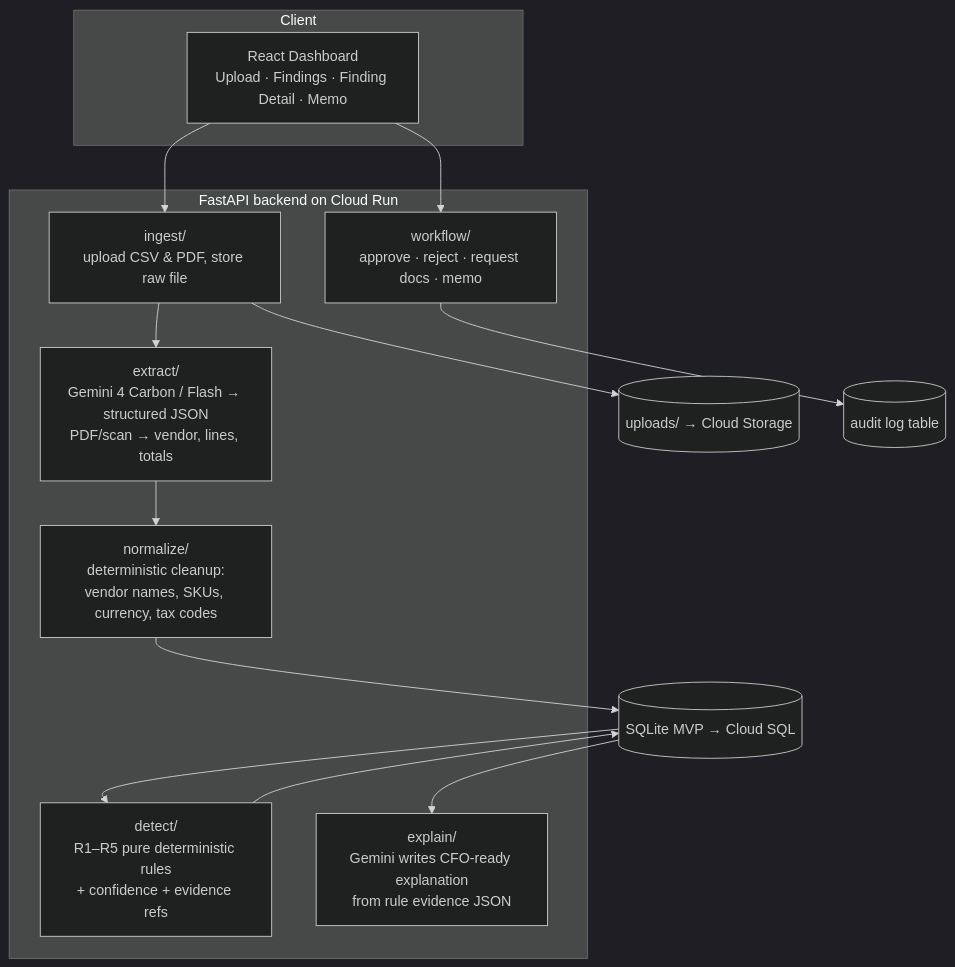
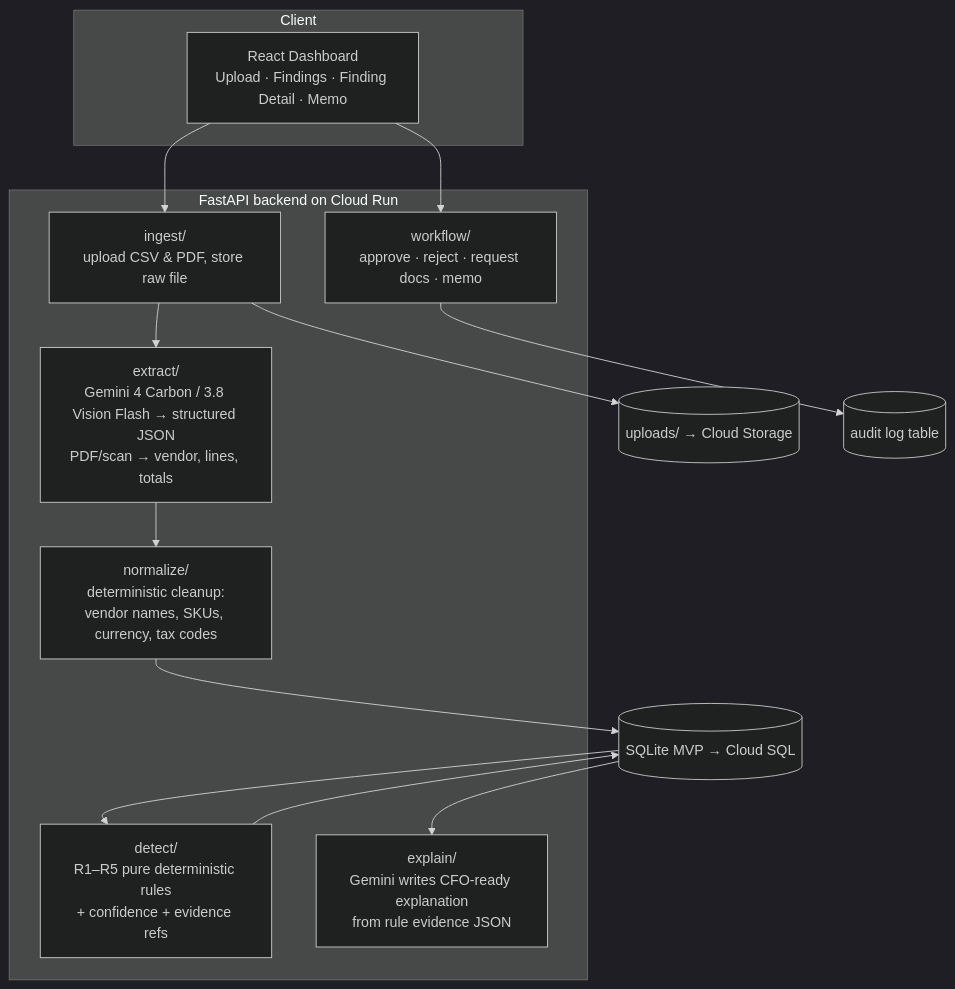
Before and after one commit to naughtynova69/LedgerLens-project: the diagram in docs/02_ARCHITECTURE.md, drawn with Mermaid (dark theme). The commit also changed other lines of this file and 12 other files, not shown here.

Commit message:
docs,config: refine ICP/business model, align gemini-3.8-vision-flash, add CONTEXT_LOG.md

````diff
--- a/docs/02_ARCHITECTURE.md
+++ b/docs/02_ARCHITECTURE.md
@@ -12,29 +12,29 @@
 ```mermaid
 flowchart TB
     subgraph Client
         UI["React Dashboard<br/>Upload · Findings · Finding Detail · Memo"]
     end
 
     subgraph Backend["FastAPI backend on Cloud Run"]
         ING["ingest/<br/>upload CSV & PDF, store raw file"]
-        EXT["extract/<br/>Gemini 4 Carbon / Flash → structured JSON<br/>PDF/scan → vendor, lines, totals"]
+        EXT["extract/<br/>Gemini 4 Carbon / 3.8 Vision Flash → structured JSON<br/>PDF/scan → vendor, lines, totals"]
         NRM["normalize/<br/>deterministic cleanup:<br/>vendor names, SKUs, currency, tax codes"]
         DET["detect/<br/>R1–R5 pure deterministic rules<br/>+ confidence + evidence refs"]
         EXP["explain/<br/>Gemini writes CFO-ready explanation<br/>from rule evidence JSON"]
         WF["workflow/<br/>approve · reject · request docs · memo"]
     end
 
     DB[("SQLite MVP → Cloud SQL")]
     FS[("uploads/ → Cloud Storage")]
     LOG[("audit log table")]
 
     UI --> ING
     ING --> FS
     ING --> EXT
     EXT --> NRM --> DB
     DB --> DET
     DET --> DB
     DB --> EXP
     UI --> WF
     WF --> LOG
 ```
````
